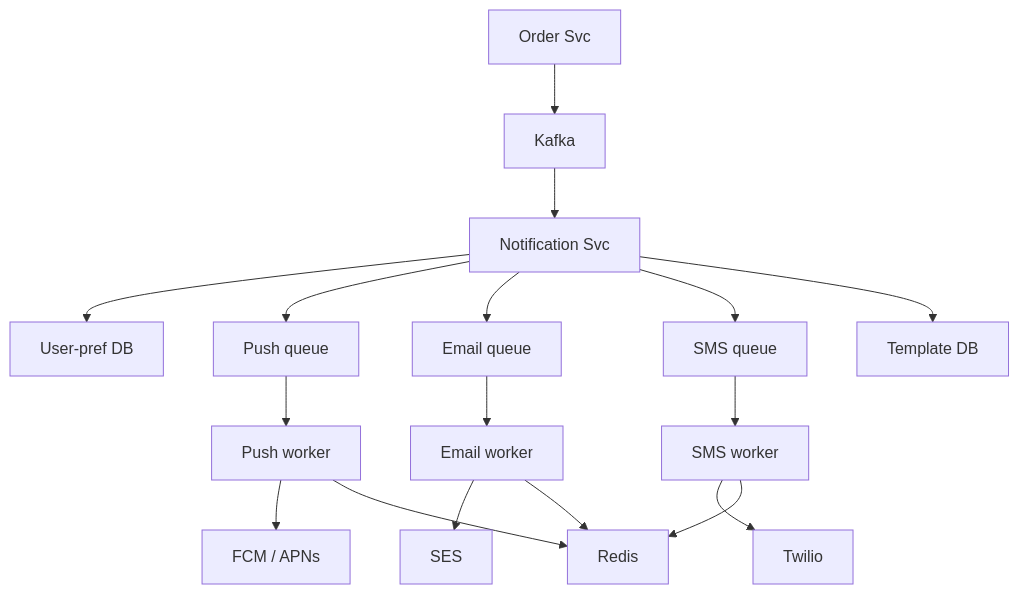
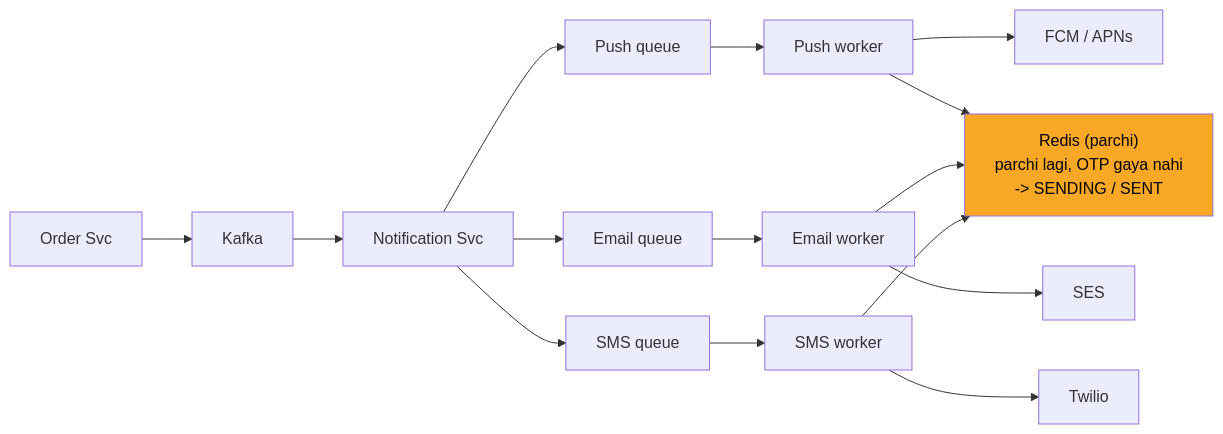
One commit to ArpanMaheshwari144/Prep changed the fifth of 13 diagrams in 04_HLD/SYSTEM_DESIGNS/04_notification_system/04_notification_system.md. Above: the diagram before and after it, drawn with Mermaid. The commit also changed other lines of this file and 2 other files, not shown here.

Commit message:
notification, payment, file upload: one-day story, short cards, follow-ups with rules, highlighted diagrams

````diff
--- a/04_HLD/SYSTEM_DESIGNS/04_notification_system/04_notification_system.md
+++ b/04_HLD/SYSTEM_DESIGNS/04_notification_system/04_notification_system.md
@@ -266,34 +228,31 @@
 ```mermaid
-flowchart TD
+flowchart LR
     n_Order_Svc["Order Svc"]
     n_Kafka["Kafka"]
     n_Notification_Svc["Notification Svc"]
-    n_User_pref_DB["User-pref DB"]
-    n_Template_DB["Template DB"]
     n_Push_queue["Push queue"]
     n_Push_worker["Push worker"]
     n_FCM_APNs["FCM / APNs"]
     n_Email_queue["Email queue"]
     n_Email_worker["Email worker"]
     n_SES["SES"]
     n_SMS_queue["SMS queue"]
     n_SMS_worker["SMS worker"]
     n_Twilio["Twilio"]
-    n_Redis["Redis"]
+    n_Redis["Redis (parchi)<br/>parchi lagi, OTP gaya nahi<br/>-> SENDING / SENT"]
     n_Order_Svc --> n_Kafka
     n_Kafka --> n_Notification_Svc
-    n_Notification_Svc --> n_User_pref_DB
     n_Notification_Svc --> n_Push_queue
     n_Notification_Svc --> n_Email_queue
     n_Notification_Svc --> n_SMS_queue
-    n_Notification_Svc --> n_Template_DB
     n_Push_queue --> n_Push_worker
     n_Push_worker --> n_FCM_APNs
     n_Email_queue --> n_Email_worker
     n_Email_worker --> n_SES
     n_SMS_queue --> n_SMS_worker
     n_SMS_worker --> n_Twilio
-    n_SMS_worker --> n_Redis
     n_Push_worker --> n_Redis
     n_Email_worker --> n_Redis
+    n_SMS_worker --> n_Redis
+    style n_Redis fill:#f9a825,color:#000
 ```
````
